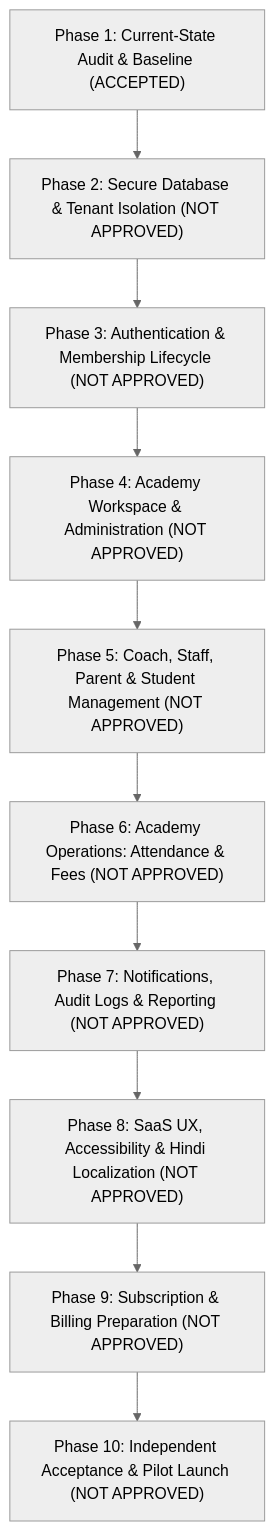
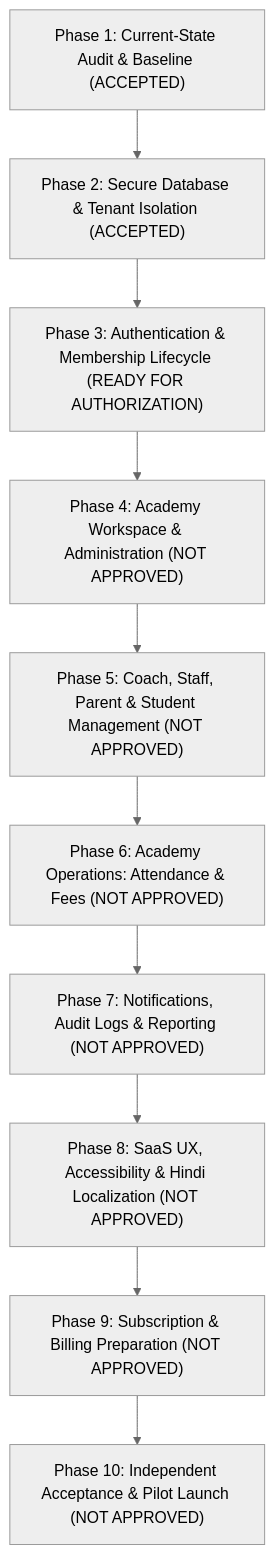
The diagram in docs/saas/SAAS_PHASED_IMPLEMENTATION_ROADMAP.md (khanshahrukhonline01/new_online), drawn with Mermaid (neutral theme) before and after one commit. The commit also changed other lines of this file and 5 other files, not shown here.

Commit message:
feat(saas): complete Phase 2 database consolidation, soft-deletion RLS, and invitation security hardening

````diff
--- a/docs/saas/SAAS_PHASED_IMPLEMENTATION_ROADMAP.md
+++ b/docs/saas/SAAS_PHASED_IMPLEMENTATION_ROADMAP.md
@@ -31,12 +31,12 @@
 ```mermaid
 flowchart TD
-  P1["Phase 1: Current-State Audit & Baseline (ACCEPTED)"] --> P2["Phase 2: Secure Database & Tenant Isolation (NOT APPROVED)"]
-  P2 --> P3["Phase 3: Authentication & Membership Lifecycle (NOT APPROVED)"]
+  P1["Phase 1: Current-State Audit & Baseline (ACCEPTED)"] --> P2["Phase 2: Secure Database & Tenant Isolation (ACCEPTED)"]
+  P2 --> P3["Phase 3: Authentication & Membership Lifecycle (READY FOR AUTHORIZATION)"]
   P3 --> P4["Phase 4: Academy Workspace & Administration (NOT APPROVED)"]
   P4 --> P5["Phase 5: Coach, Staff, Parent & Student Management (NOT APPROVED)"]
   P5 --> P6["Phase 6: Academy Operations: Attendance & Fees (NOT APPROVED)"]
   P6 --> P7["Phase 7: Notifications, Audit Logs & Reporting (NOT APPROVED)"]
   P7 --> P8["Phase 8: SaaS UX, Accessibility & Hindi Localization (NOT APPROVED)"]
   P8 --> P9["Phase 9: Subscription & Billing Preparation (NOT APPROVED)"]
   P9 --> P10["Phase 10: Independent Acceptance & Pilot Launch (NOT APPROVED)"]
 ```
````
